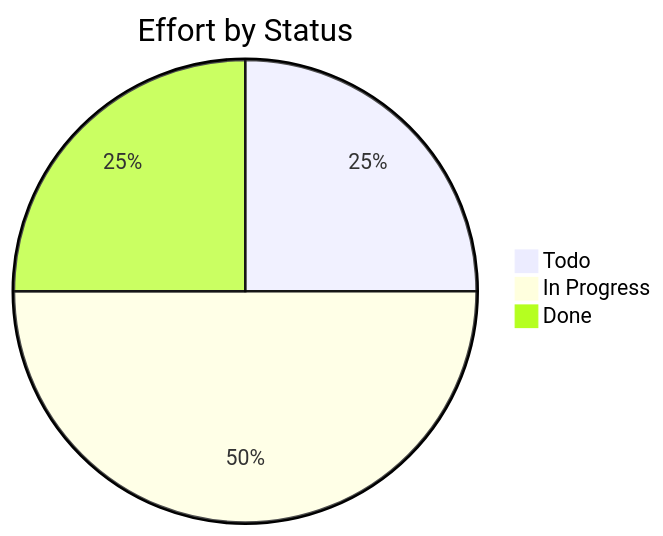
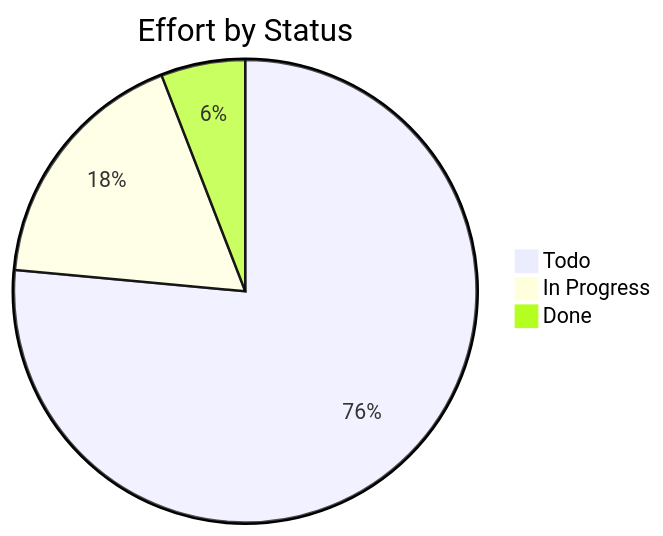
Before and after one commit to Katty-Fashion/kf-cpto: the third of 3 diagrams in docs/_projects/Aladin-01.md, drawn with Mermaid. The commit also changed other lines of this file and 9 other files, not shown here.

````diff
--- a/docs/_projects/Aladin-01.md
+++ b/docs/_projects/Aladin-01.md
@@ -77,6 +98,6 @@
 ```mermaid
 pie title Effort by Status
-    "Todo" : 1.0
-    "In Progress" : 2.0
+    "Todo" : 13.0
+    "In Progress" : 3.0
     "Done" : 1.0
 ```
````
